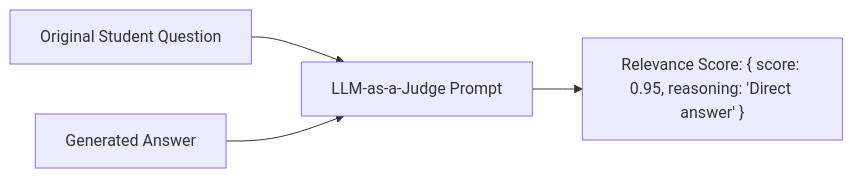
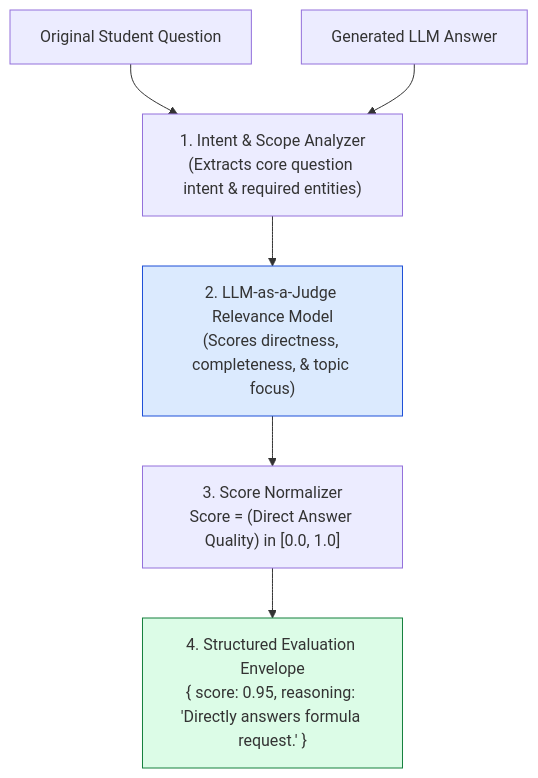
The first of 3 diagrams in agentic-ai-notes/03-vidya-rag/12-relevance-evaluator.md (Amie-dev/engineering-playbook), drawn with Mermaid before and after one commit. The commit also changed other lines of this file and 14 other files, not shown here.

````diff
--- a/agentic-ai-notes/03-vidya-rag/12-relevance-evaluator.md
+++ b/agentic-ai-notes/03-vidya-rag/12-relevance-evaluator.md
@@ -10,6 +13,15 @@
 ```mermaid
-flowchart LR
-    Question[Original Student Question] --> Judge[LLM-as-a-Judge Prompt]
-    Answer[Generated Answer] --> Judge
-    Judge --> Score["Relevance Score: { score: 0.95, reasoning: 'Direct answer' }"]
+flowchart TD
+    StudentQuestion[Original Student Question] --> IntentAnalyzer["1. Intent & Scope Analyzer<br/>(Extracts core question intent & required entities)"]
+
+    GeneratedAnswer[Generated LLM Answer] --> IntentAnalyzer
+
+    IntentAnalyzer --> JudgeModel["2. LLM-as-a-Judge Relevance Model<br/>(Scores directness, completeness, & topic focus)"]
+
+    JudgeModel --> ScoreNormalizer["3. Score Normalizer<br/>Score = (Direct Answer Quality) in [0.0, 1.0]"]
+
+    ScoreNormalizer --> ResultEnvelope["4. Structured Evaluation Envelope<br/>{ score: 0.95, reasoning: 'Directly answers formula request.' }"]
+
+    style JudgeModel fill:#dbeafe,stroke:#1d4ed8
+    style ResultEnvelope fill:#dcfce7,stroke:#15803d
 ```
````
